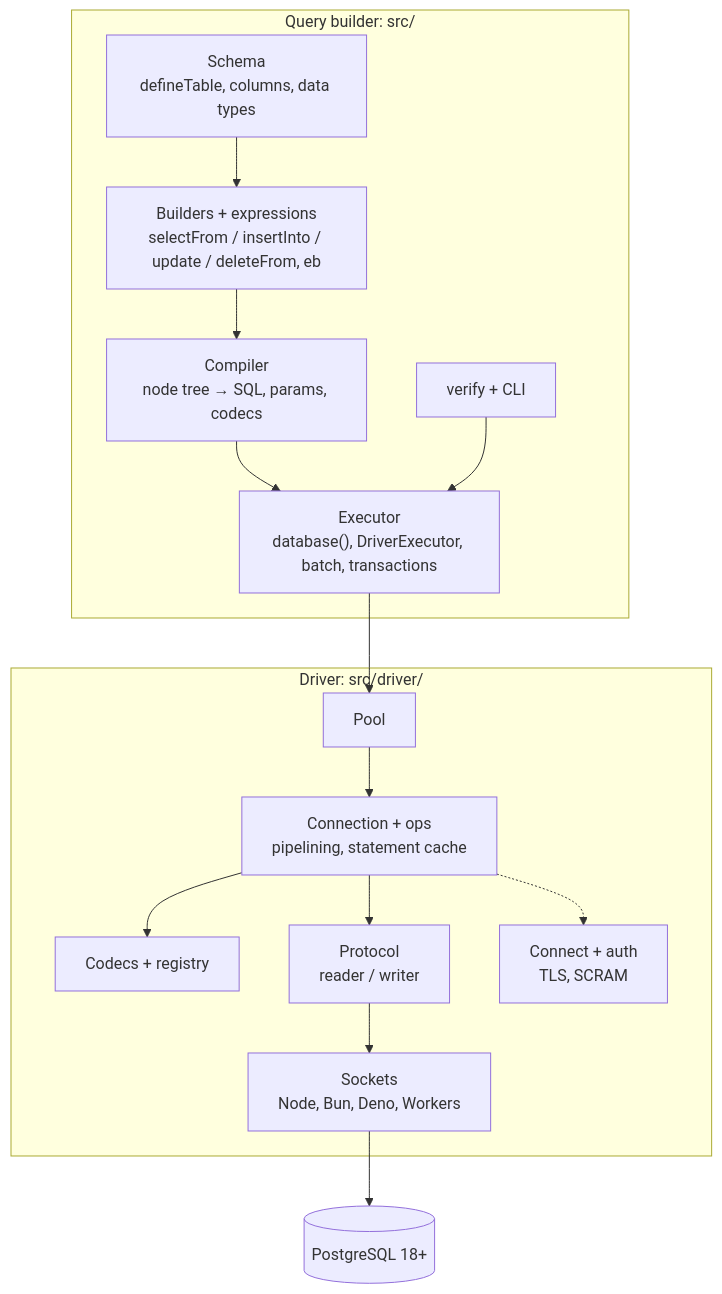
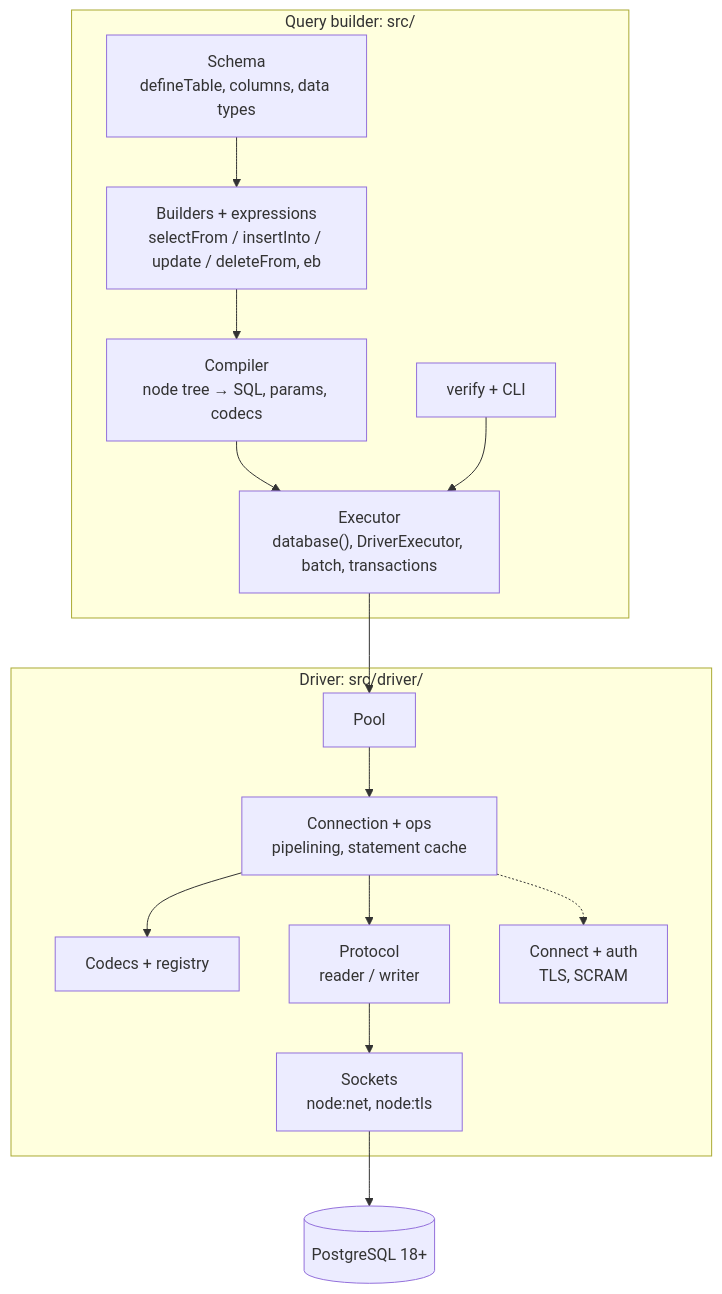
Before and after one commit to shlokdesai33/quarry: the diagram in ARCHITECTURE.md, drawn with Mermaid. The commit also changed other lines of this file and 43 other files, not shown here.

First line of the commit message:
Node only: drop Bun, Deno and edge runtimes (#49)

````diff
--- a/ARCHITECTURE.md
+++ b/ARCHITECTURE.md
@@ -14,23 +14,23 @@
 ```mermaid
 flowchart TD
     subgraph builder["Query builder: src/"]
         S["Schema<br/>defineTable, columns, data types"]
         B["Builders + expressions<br/>selectFrom / insertInto / update / deleteFrom, eb"]
         C["Compiler<br/>node tree → SQL, params, codecs"]
         X["Executor<br/>database(), DriverExecutor, batch, transactions"]
         V["verify + CLI"]
     end
     subgraph driver["Driver: src/driver/"]
         P["Pool"]
         K["Connection + ops<br/>pipelining, statement cache"]
         D["Codecs + registry"]
         W["Protocol<br/>reader / writer"]
         A["Connect + auth<br/>TLS, SCRAM"]
-        SK["Sockets<br/>Node, Bun, Deno, Workers"]
+        SK["Sockets<br/>node:net, node:tls"]
     end
     PG[(PostgreSQL 18+)]
     S --> B --> C --> X --> P --> K --> W --> SK --> PG
     K --> D
     K -.-> A
     V --> X
 ```
````
